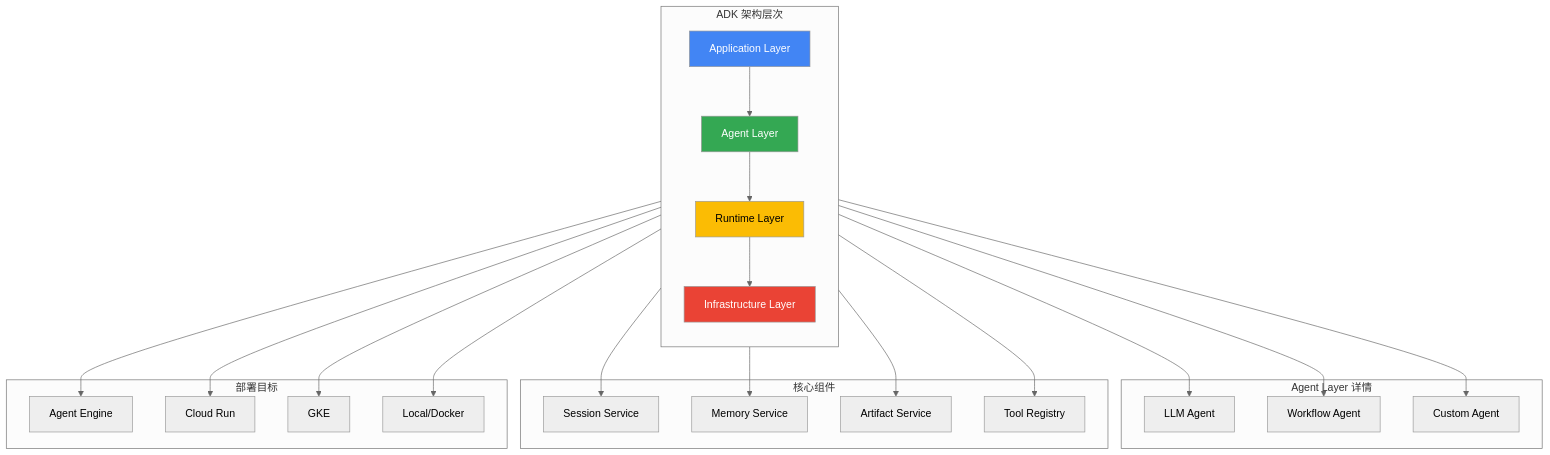
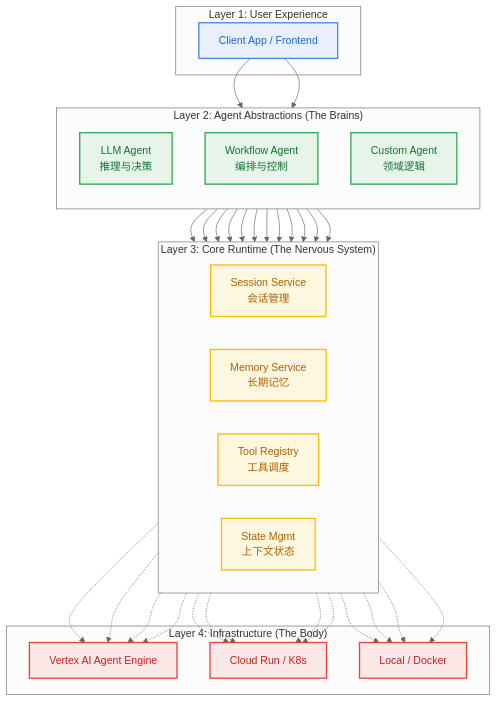
One commit to ThreeFish-AI/agentic-ai-cognizes changed the third of 14 diagrams in docs/research/020-agent-frameworks.md. Above: the diagram before and after it, drawn with Mermaid (neutral theme). The commit also changed other lines of this file, not shown here.

Commit message:
docs(Agent Frameworks): 增强 Google ADK 架构概览的表达深度
- 重构 2.1 节，将 ADK 定位为「智能体工业化堆栈」
- 提炼架构哲学为 "Composable Intelligence" 核心理念
- 优化架构分层图，采用四层模型清晰展示：
  • Layer 1: User Experience (用户体验层)
  • Layer 2: Agent Abstractions (智能体抽象层 - The Brains)
  • Layer 3: Core Runtime (核心运行时 - The Nervous System)
  • Layer 4: Infrastructure (基础设施层 - The Body)
- 增强图表视觉呈现，采用颜色编码区分层级

🤖 Generated with [Claude Code](https://claude.com/claude-code), [Antigravity](https://antigravity.google)

````diff
--- a/docs/research/020-agent-frameworks.md
+++ b/docs/research/020-agent-frameworks.md
@@ -95,38 +96,41 @@
 ```mermaid
 graph TB
-    subgraph "ADK 架构层次"
-        direction TB
-        A[Application Layer] --> B[Agent Layer]
-        B --> C[Runtime Layer]
-        C --> D[Infrastructure Layer]
+    subgraph "Layer 1: User Experience"
+        A[Client App / Frontend]
     end
 
-    subgraph "Agent Layer 详情"
-        B1[LLM Agent]
-        B2[Workflow Agent]
-        B3[Custom Agent]
+    subgraph "Layer 2: Agent Abstractions (The Brains)"
+        direction TB
+        B1[LLM Agent<br/>推理与决策]
+        B2[Workflow Agent<br/>编排与控制]
+        B3[Custom Agent<br/>领域逻辑]
     end
 
-    subgraph "核心组件"
-        C1[Session Service]
-        C2[Memory Service]
-        C3[Artifact Service]
-        C4[Tool Registry]
+    subgraph "Layer 3: Core Runtime (The Nervous System)"
+        direction LR
+        C1[Session Service<br/>会话管理]
+        C2[Memory Service<br/>长期记忆]
+        C3[Tool Registry<br/>工具调度]
+        C4[State Mgmt<br/>上下文状态]
     end
 
-    subgraph "部署目标"
-        D1[Agent Engine]
-        D2[Cloud Run]
-        D3[GKE]
-        D4[Local/Docker]
+    subgraph "Layer 4: Infrastructure (The Body)"
+        D1[Vertex AI Agent Engine]
+        D2[Cloud Run / K8s]
+        D3[Local / Docker]
     end
 
-    B --> B1 & B2 & B3
-    C --> C1 & C2 & C3 & C4
-    D --> D1 & D2 & D3 & D4
+    A --> B1 & B2
+    B1 & B2 & B3 --> C1 & C2 & C3 & C4
+    C1 & C2 & C3 & C4 -.-> D1 & D2 & D3
 
-    style A fill:#4285f4,color:white
-    style B fill:#34a853,color:white
-    style C fill:#fbbc04,color:black
-    style D fill:#ea4335,color:white
+    classDef blue fill:#e8f0fe,stroke:#4285f4,color:#1967d2,stroke-width:2px;
+    classDef green fill:#e6f4ea,stroke:#34a853,color:#137333,stroke-width:2px;
+    classDef yellow fill:#fef7e0,stroke:#fbbc04,color:#b06000,stroke-width:2px;
+    classDef red fill:#fce8e6,stroke:#ea4335,color:#c5221f,stroke-width:2px;
+
+    class A blue
+    class B1,B2,B3 green
+    class C1,C2,C3,C4 yellow
+    class D1,D2,D3 red
 ```
````
